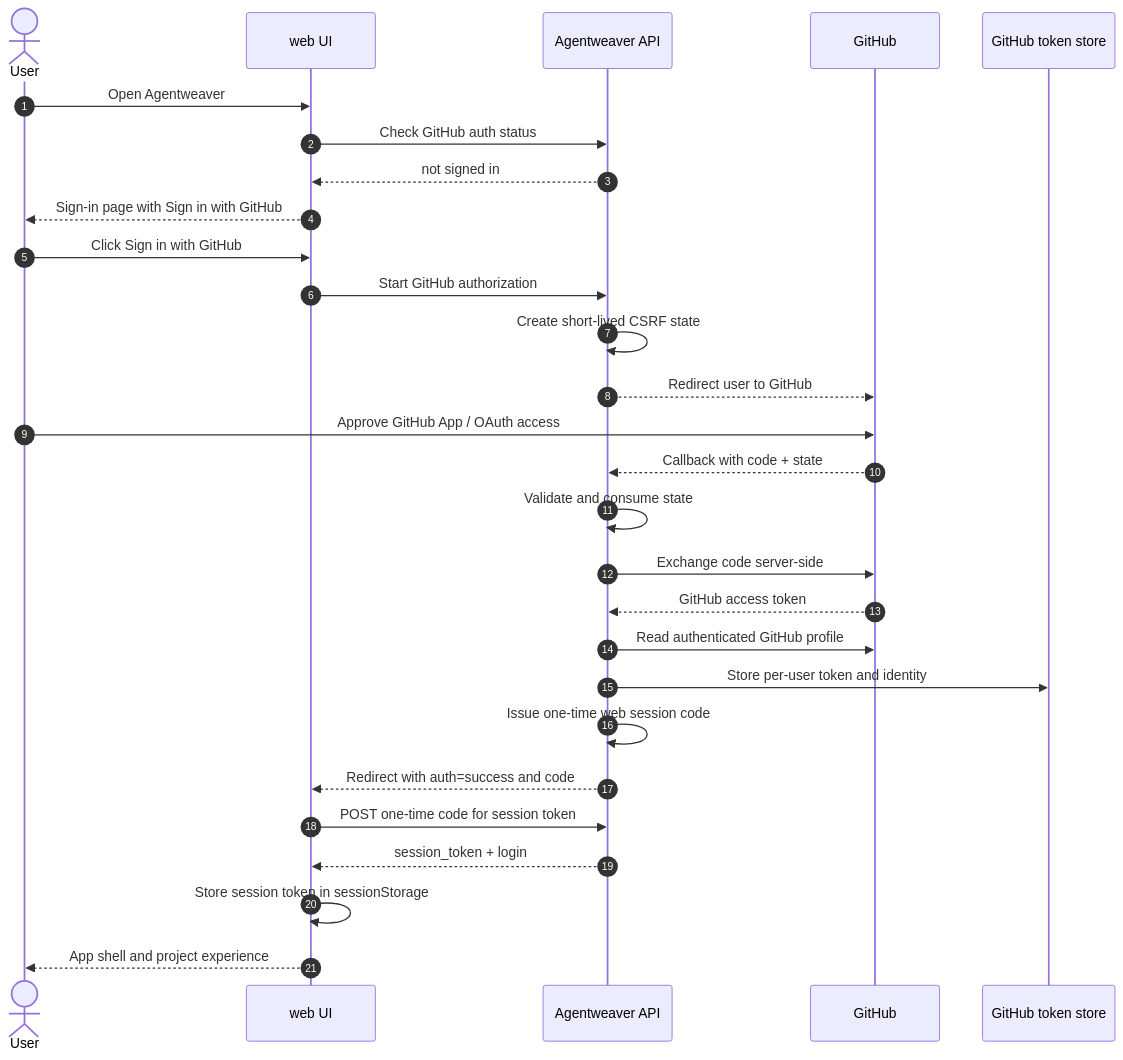
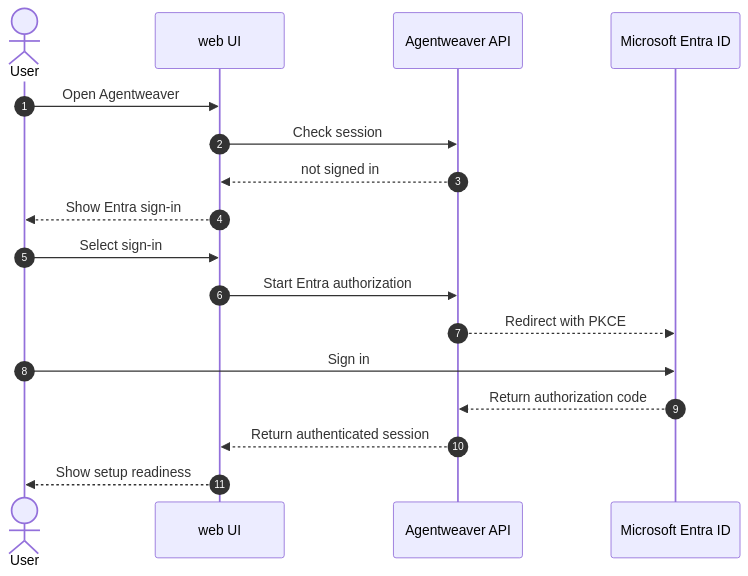
Before and after one commit to sabbour/agentweaver: the first of 2 diagrams in docs/experience/onboarding-auth.md, drawn with Mermaid. The commit also changed other lines of this file and 33 other files, not shown here.

First line of the commit message:
feat(web): guide model provider setup

````diff
--- a/docs/experience/onboarding-auth.md
+++ b/docs/experience/onboarding-auth.md
@@ -39,31 +28,20 @@
 ```mermaid
 sequenceDiagram
     autonumber
     actor User
     participant Web as web UI
     participant API as Agentweaver API
-    participant GitHub
-    participant Store as GitHub token store
+    participant Entra as Microsoft Entra ID
 
     User->>Web: Open Agentweaver
-    Web->>API: Check GitHub auth status
+    Web->>API: Check session
     API-->>Web: not signed in
-    Web-->>User: Sign-in page with Sign in with GitHub
-    User->>Web: Click Sign in with GitHub
-    Web->>API: Start GitHub authorization
-    API->>API: Create short-lived CSRF state
-    API-->>GitHub: Redirect user to GitHub
-    User->>GitHub: Approve GitHub App / OAuth access
-    GitHub-->>API: Callback with code + state
-    API->>API: Validate and consume state
-    API->>GitHub: Exchange code server-side
-    GitHub-->>API: GitHub access token
-    API->>GitHub: Read authenticated GitHub profile
-    API->>Store: Store per-user token and identity
-    API->>API: Issue one-time web session code
-    API-->>Web: Redirect with auth=success and code
-    Web->>API: POST one-time code for session token
-    API-->>Web: session_token + login
-    Web->>Web: Store session token in sessionStorage
-    Web-->>User: App shell and project experience
+    Web-->>User: Show Entra sign-in
+    User->>Web: Select sign-in
+    Web->>API: Start Entra authorization
+    API-->>Entra: Redirect with PKCE
+    User->>Entra: Sign in
+    Entra-->>API: Return authorization code
+    API-->>Web: Return authenticated session
+    Web-->>User: Show setup readiness
 ```
````
